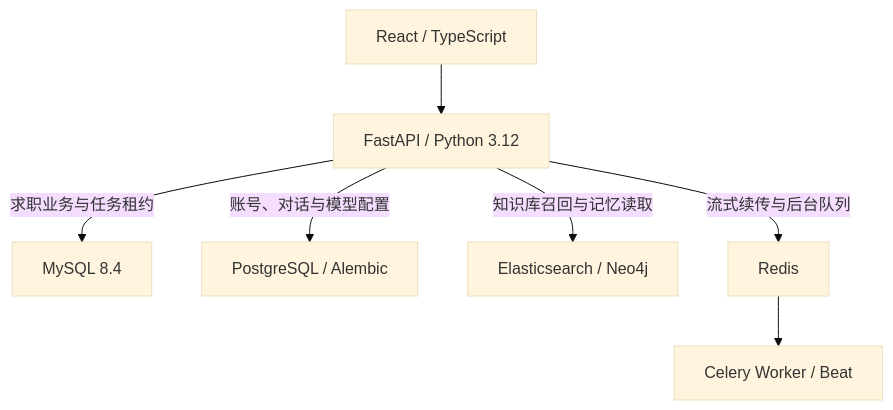
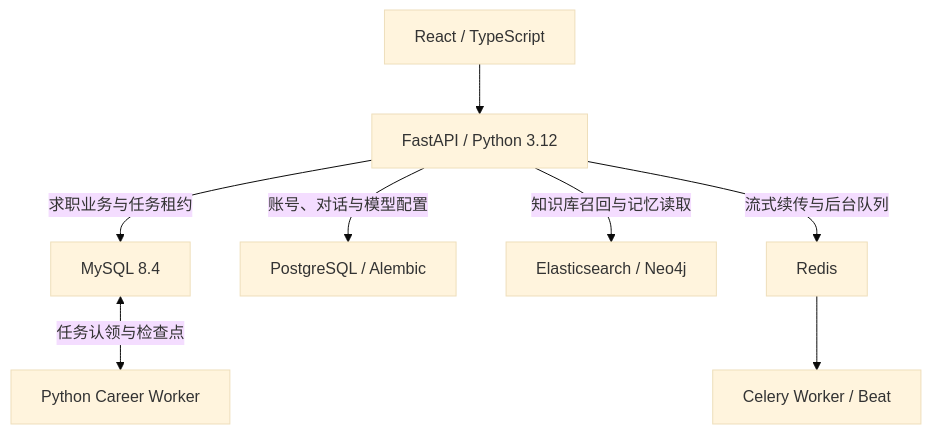
The diagram in README.md (JonyChuang/Search_Agent), drawn with Mermaid (base theme) before and after one commit. The commit also changed other lines of this file and 43 other files, not shown here.

````diff
--- a/README.md
+++ b/README.md
@@ -72,9 +72,10 @@
 ```mermaid
 flowchart TD
     UI["React / TypeScript"] --> API["FastAPI / Python 3.12"]
     API -->|求职业务与任务租约| Career["MySQL 8.4"]
+    Career <-->|任务认领与检查点| CareerWorker["Python Career Worker"]
     API -->|账号、对话与模型配置| Data["PostgreSQL / Alembic"]
     API -->|知识库召回与记忆读取| Retrieval["Elasticsearch / Neo4j"]
     API -->|流式续传与后台队列| Redis["Redis"]
     Redis --> Workers["Celery Worker / Beat"]
 ```
````
